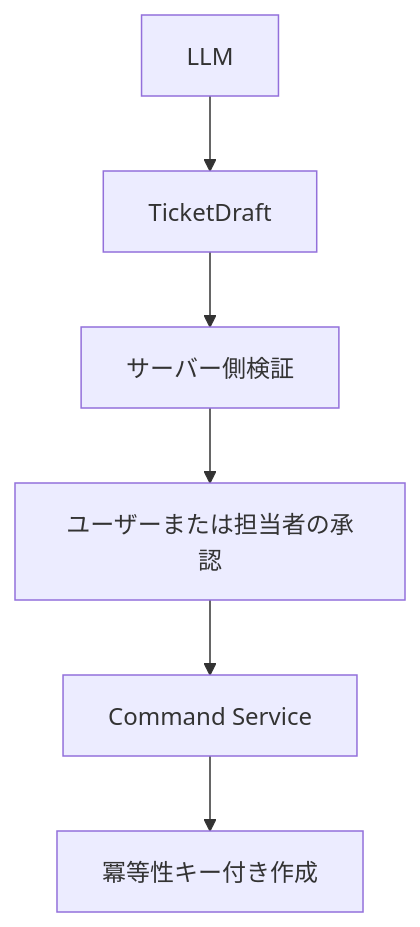
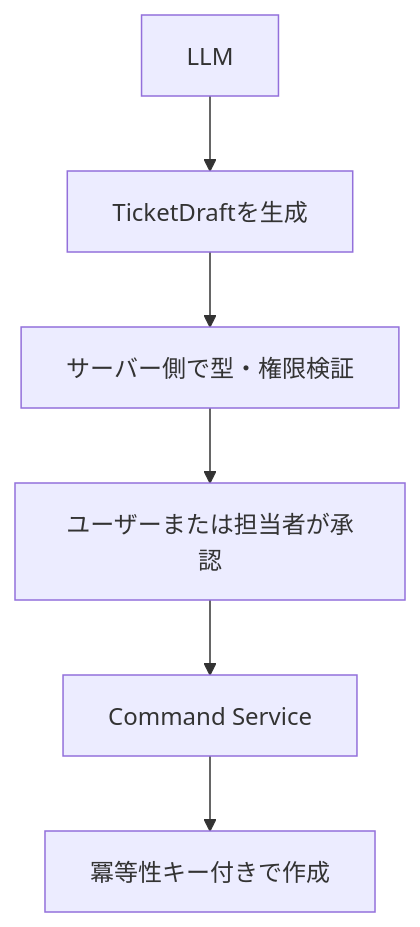
One commit to aymkbyshi/databricks-agentops-customer-support changed the fifth of 7 diagrams in articles/databricks-agentops-zenn.md. Above: the diagram before and after it, drawn with Mermaid. The commit also changed other lines of this file, not shown here.

````diff
--- a/articles/databricks-agentops-zenn.md
+++ b/articles/databricks-agentops-zenn.md
@@ -441,8 +295,8 @@
 ```mermaid
 flowchart TD
-    A[LLM] --> B[TicketDraft]
-    B --> C[サーバー側検証]
-    C --> D[ユーザーまたは担当者の承認]
+    A[LLM] --> B[TicketDraftを生成]
+    B --> C[サーバー側で型・権限検証]
+    C --> D[ユーザーまたは担当者が承認]
     D --> E[Command Service]
-    E --> F[冪等性キー付き作成]
+    E --> F[冪等性キー付きで作成]
 ```
````
